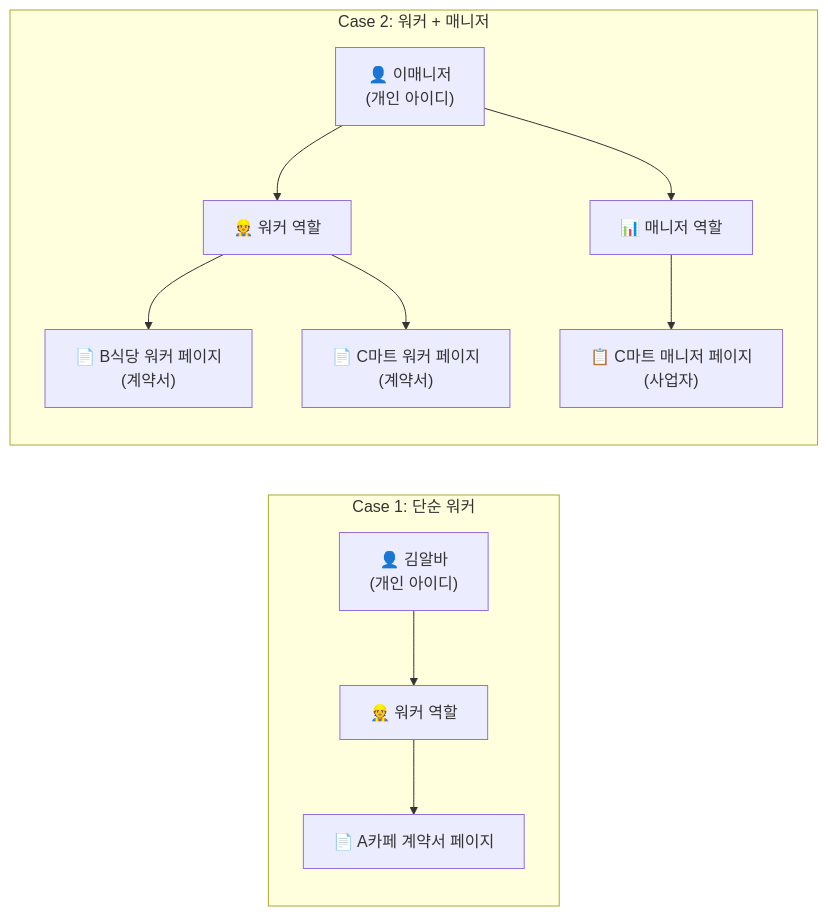
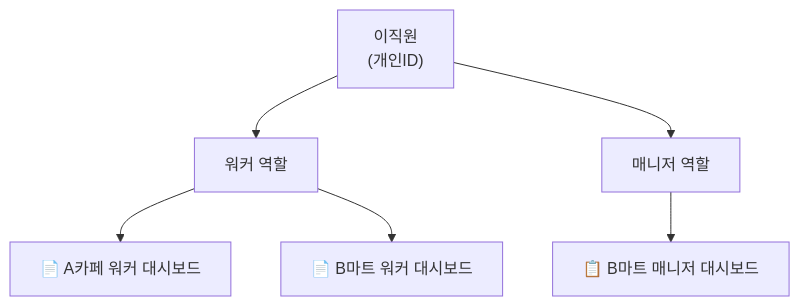
One commit to crazybass81/DOT changed the third of 5 diagrams in ID_ROLE_PAGE_DIAGRAMS.md. Above: the diagram before and after it, drawn with Mermaid. The commit also changed other lines of this file, not shown here.

````diff
--- a/ID_ROLE_PAGE_DIAGRAMS.md
+++ b/ID_ROLE_PAGE_DIAGRAMS.md
@@ -45,26 +56,9 @@
 ```mermaid
-graph LR
-    subgraph "Case 1: 단순 워커"
-        User1["👤 김알바<br/>(개인 아이디)"]
-        Role1["👷 워커 역할"]
-        Page1["📄 A카페 계약서 페이지"]
-        
-        User1 --> Role1
-        Role1 --> Page1
-    end
+graph TD
+    User2["이직원<br/>(개인ID)"] --> Role2A["워커 역할"]
+    User2 --> Role2B["매니저 역할"]
     
-    subgraph "Case 2: 워커 + 매니저"
-        User2["👤 이매니저<br/>(개인 아이디)"]
-        Role2A["👷 워커 역할"]
-        Role2B["📊 매니저 역할"]
-        Page2A["📄 B식당 워커 페이지<br/>(계약서)"]
-        Page2B["📄 C마트 워커 페이지<br/>(계약서)"]
-        Page2C["📋 C마트 매니저 페이지<br/>(사업자)"]
-        
-        User2 --> Role2A
-        User2 --> Role2B
-        Role2A --> Page2A
-        Role2A --> Page2B
-        Role2B --> Page2C
-    end
+    Role2A --> Contract2A["📄 A카페 워커 대시보드"]
+    Role2A --> Contract2B["📄 B마트 워커 대시보드"]
+    Role2B --> Business2["📋 B마트 매니저 대시보드"]
 ```
````
